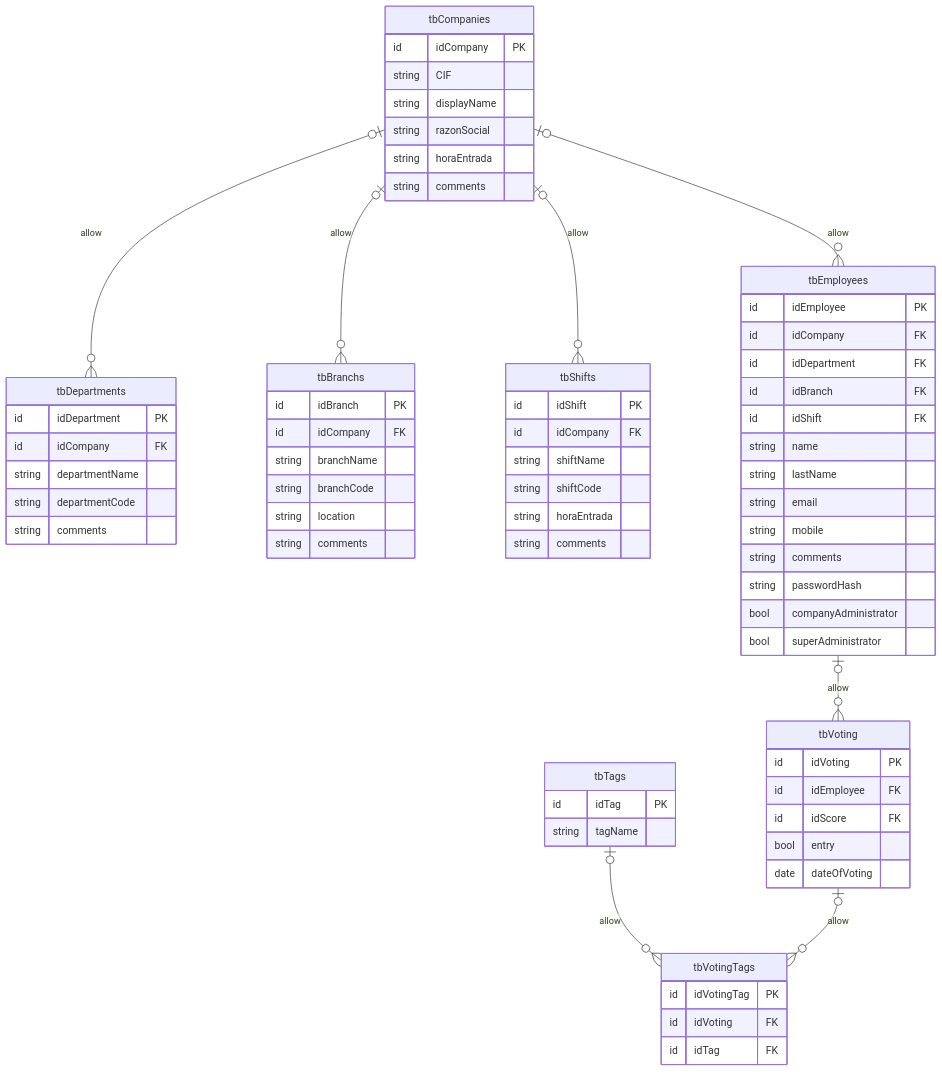
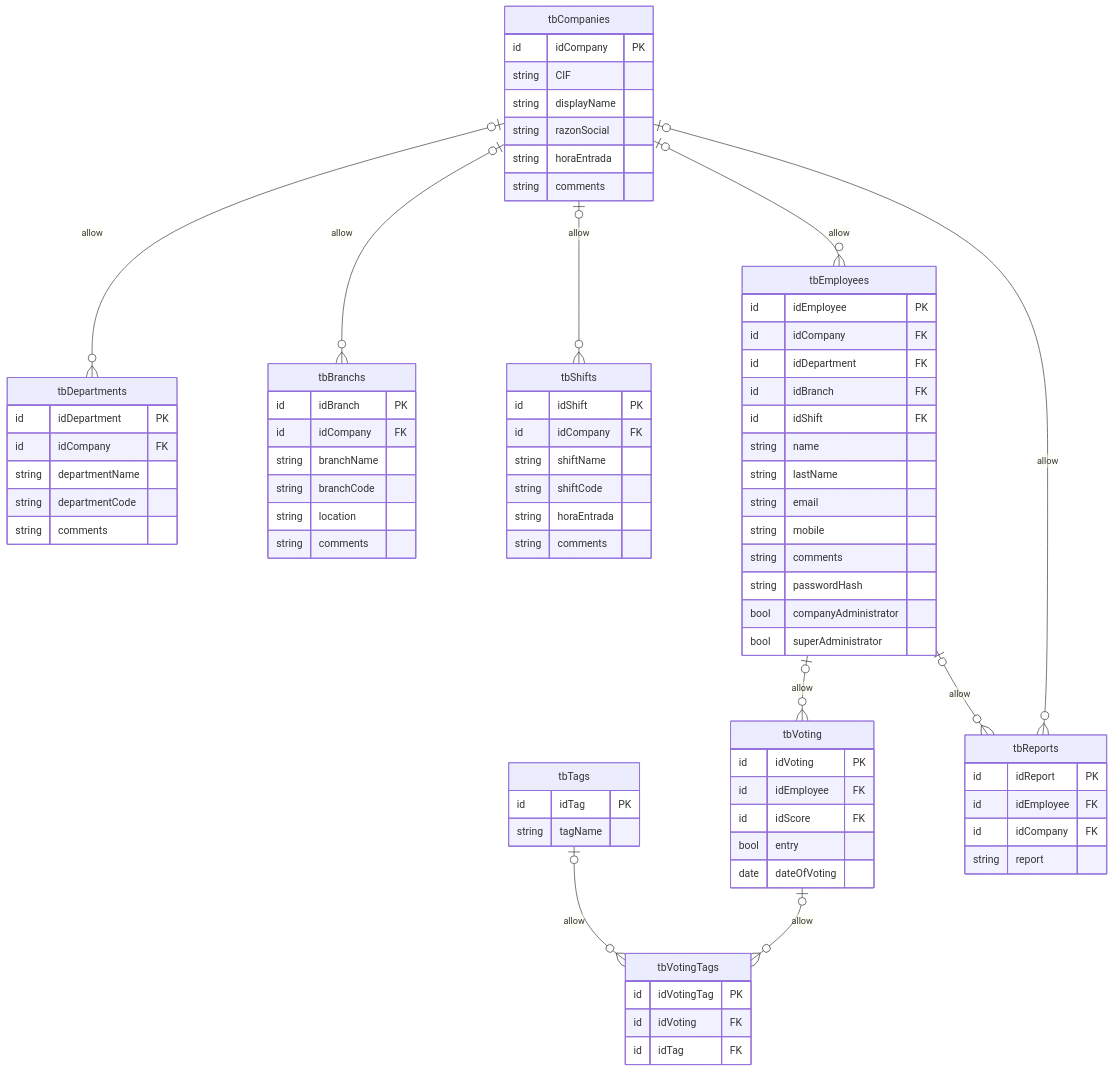
Before and after one commit to alexBasurto/tripulaciones_back: the diagram in NOTAS.md, drawn with Mermaid. The commit also changed 1 other file, not shown here.

Commit message:
tabla reports añadida. notas.md modificado

````diff
--- a/NOTAS.md
+++ b/NOTAS.md
@@ -116,4 +116,13 @@
         id idTag FK
     }
 
+    tbEmployees |o--o{ tbReports : allow
+    tbCompanies |o--o{ tbReports : allow
+    tbReports {
+        id idReport PK
+        id idEmployee FK
+        id idCompany FK
+        string report
+    }
+
 ```
````
